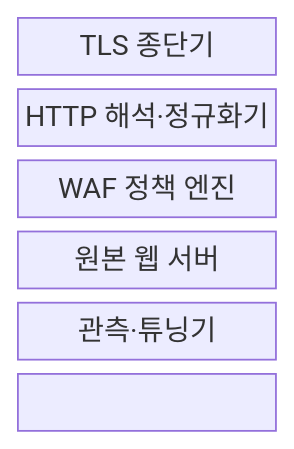
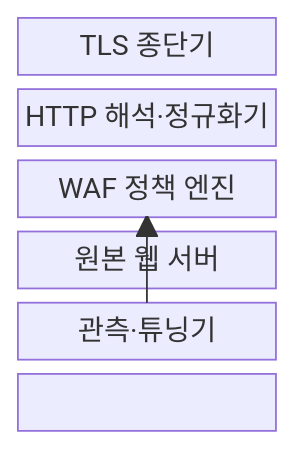
One commit to agnusdei1207/knowledge-base changed the first of 2 diagrams in src/content/docs/notes/04-network/091_waf_web_application_firewall.md. Above: the diagram before and after it, drawn with Mermaid. The commit also changed other lines of this file and 20 other files, not shown here.

````diff
--- a/src/content/docs/notes/04-network/091_waf_web_application_firewall.md
+++ b/src/content/docs/notes/04-network/091_waf_web_application_firewall.md
@@ -52,11 +57,11 @@
 ```mermaid
 block-beta
     columns 1
     TLS["TLS 종단기"]
     NORMALIZER["HTTP 해석·정규화기"]
     POLICY["WAF 정책 엔진"]
     ORIGIN["원본 웹 서버"]
     TUNING["관측·튜닝기"]
-    TLS --- NORMALIZER --- POLICY
-    POLICY --- ORIGIN --- TUNING
+    TLS --> NORMALIZER --> POLICY --> ORIGIN
+    TUNING --> POLICY
 ```
````
